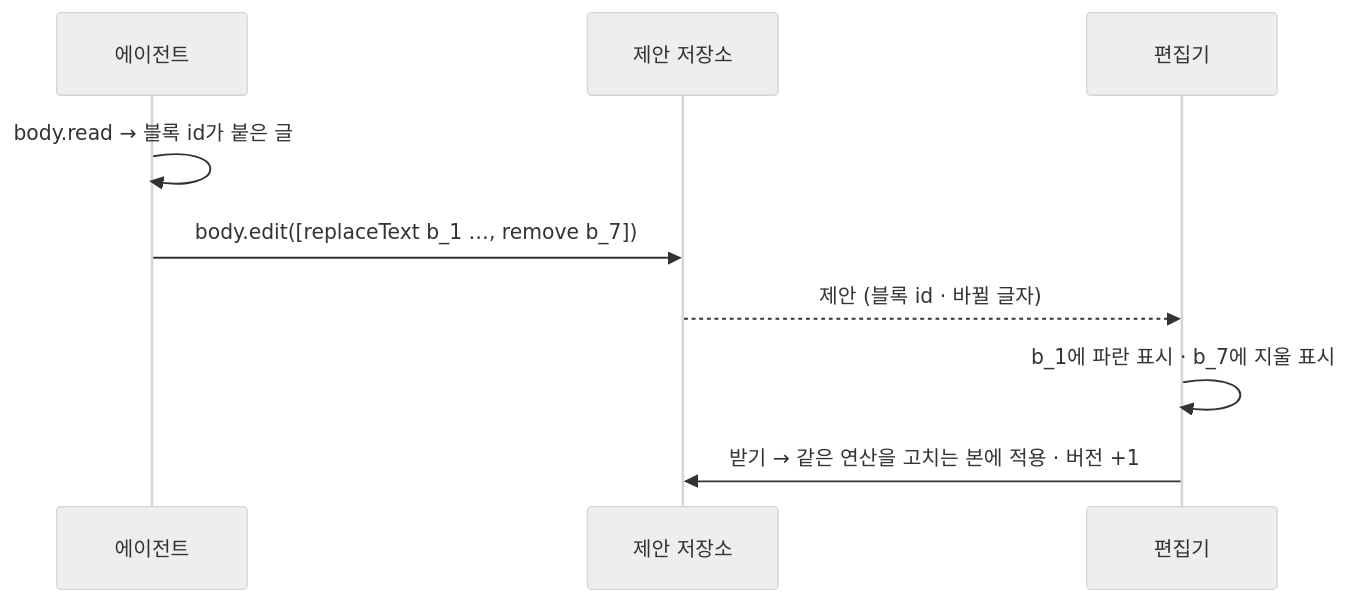
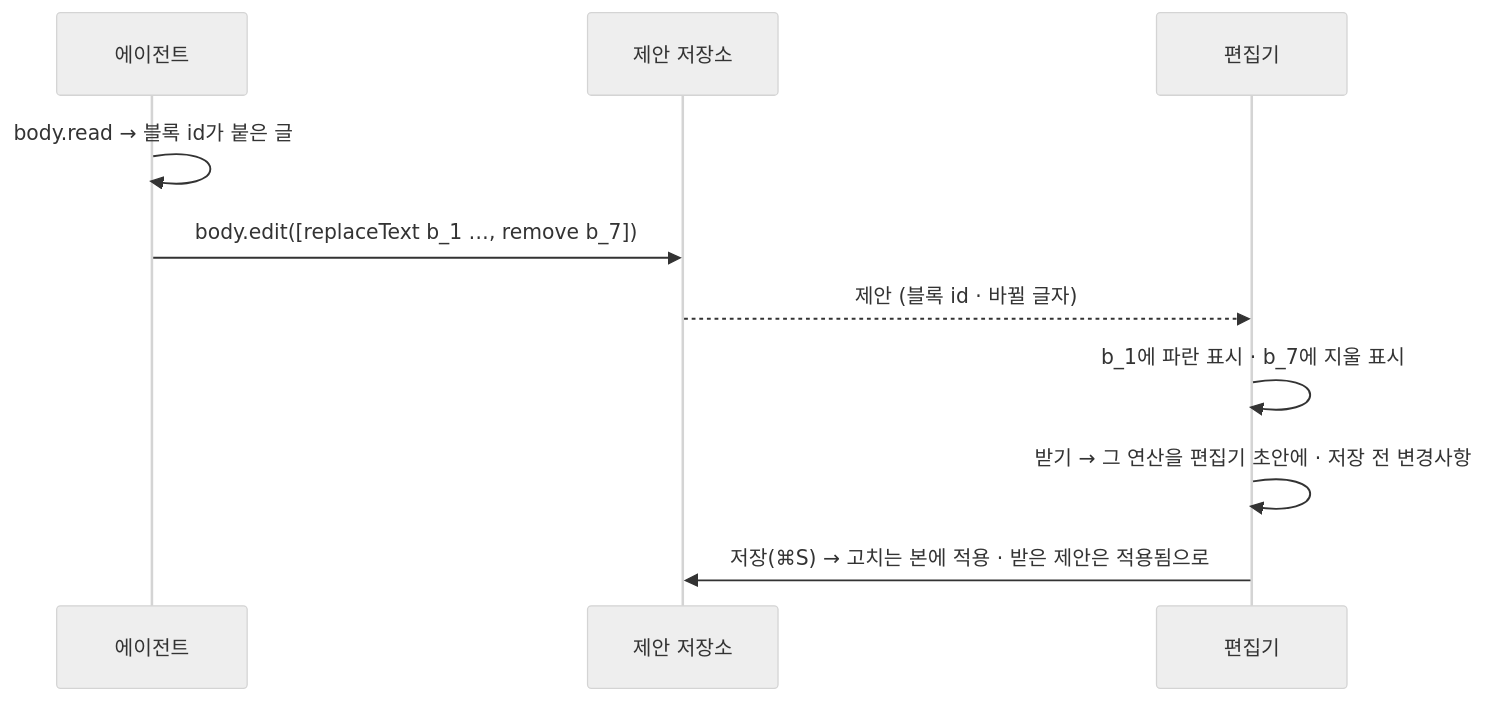
Before and after one commit to monti-cms/monti: the fourth of 4 diagrams in docs/design/features/03-body-editor.md, drawn with Mermaid (neutral theme). The commit also changed 3 other files, not shown here.

````diff
--- a/docs/design/features/03-body-editor.md
+++ b/docs/design/features/03-body-editor.md
@@ -172,12 +172,13 @@
 ```mermaid
 sequenceDiagram
   participant A as 에이전트
   participant R as 제안 저장소
   participant E as 편집기
 
   A->>A: body.read → 블록 id가 붙은 글
   A->>R: body.edit([replaceText b_1 …, remove b_7])
   R-->>E: 제안 (블록 id · 바뀔 글자)
   E->>E: b_1에 파란 표시 · b_7에 지울 표시
-  E->>R: 받기 → 같은 연산을 고치는 본에 적용 · 버전 +1
+  E->>E: 받기 → 그 연산을 편집기 초안에 · 저장 전 변경사항
+  E->>R: 저장(⌘S) → 고치는 본에 적용 · 받은 제안은 적용됨으로
 ```
````
